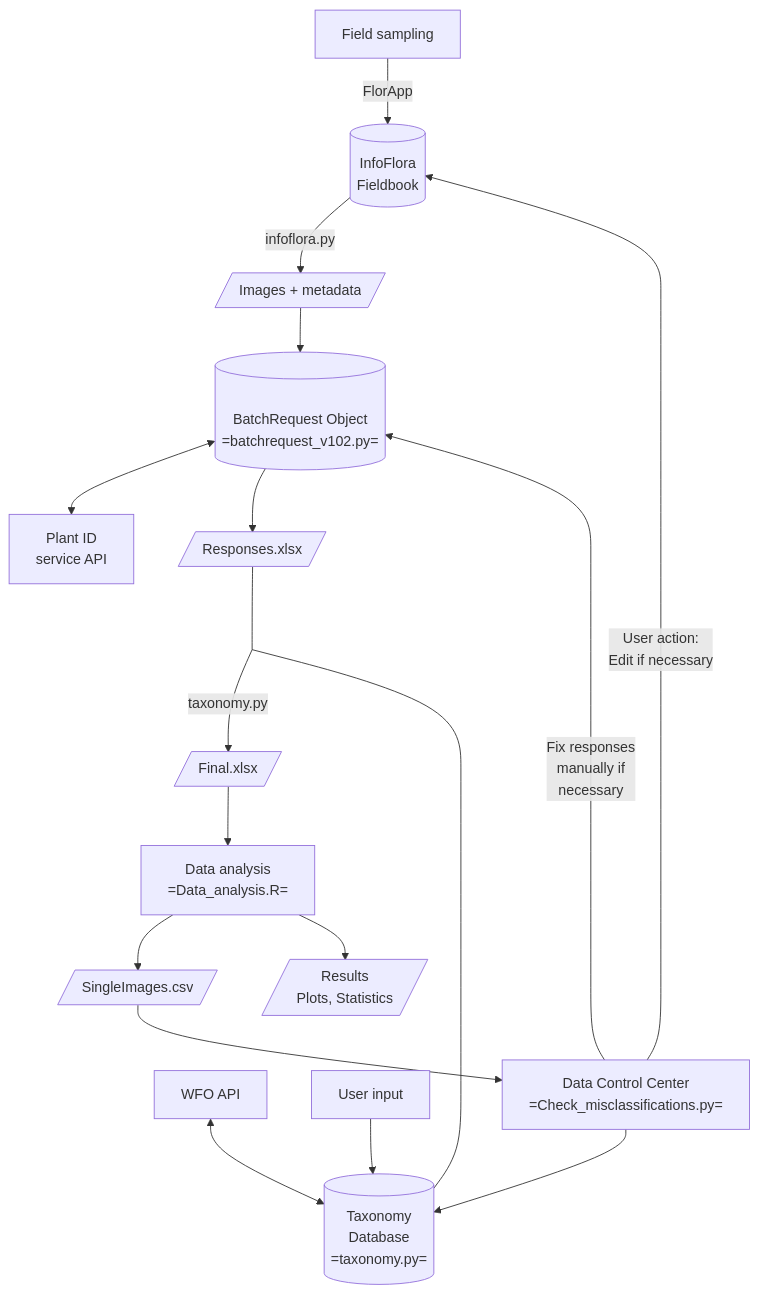
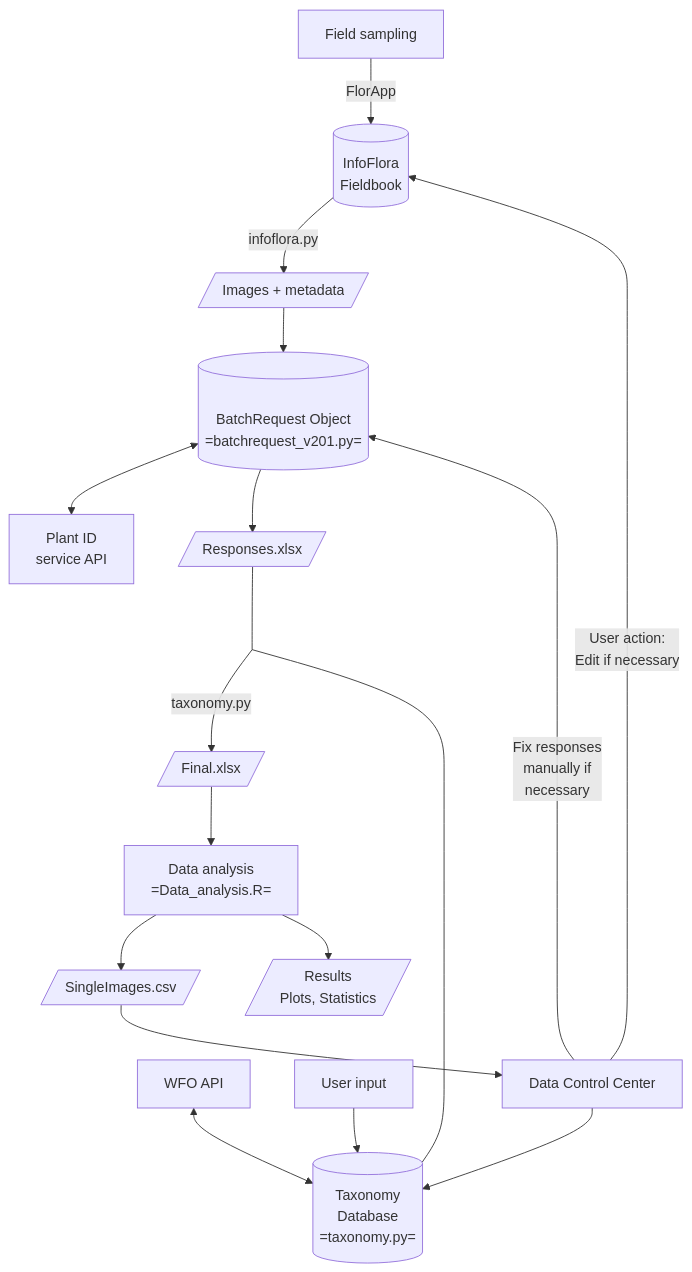
One commit to ManuelPopp/SwissPlantCV changed the diagram in README.md. Above: the diagram before and after it, drawn with Mermaid.

````diff
--- a/README.md
+++ b/README.md
@@ -5,21 +5,21 @@
 ```mermaid
 graph TD
     A[Field sampling] --> |FlorApp| B[(InfoFlora<br>Fieldbook)]
     B --> |infoflora.py| C[/Images + metadata/]
-    D[(<br>BatchRequest Object<br>=batchrequest_v102.py=)] <--> E[Plant ID<br>service API]
+    D[(<br>BatchRequest Object<br>=batchrequest_v201.py=)] <--> E[Plant ID<br>service API]
     C --> D
     D --> F[/Responses.xlsx/]
     F --- G[ ]:::empty
     G --> |"taxonomy.py"| H[/Final.xlsx/]
     I[WFO API] <--> J[(Taxonomy<br>Database<br>=taxonomy.py=)]
     K[User input] --> J
     J --- G
     H --> X[Data analysis<br>=Data_analysis.R=]
     X --> L[/SingleImages.csv/]
-    L --> M[Data Control Center<br>=Check_misclassifications.py=]
+    L --> M[Data Control Center]
     M --> J
     M --> |Fix responses<br>manually if<br>necessary| D
     M --> |User action:<br>Edit if necessary| B
     X --> Z[/Results<br>Plots, Statistics/]
 classDef empty width:0px,height:0px;
 ```
````
